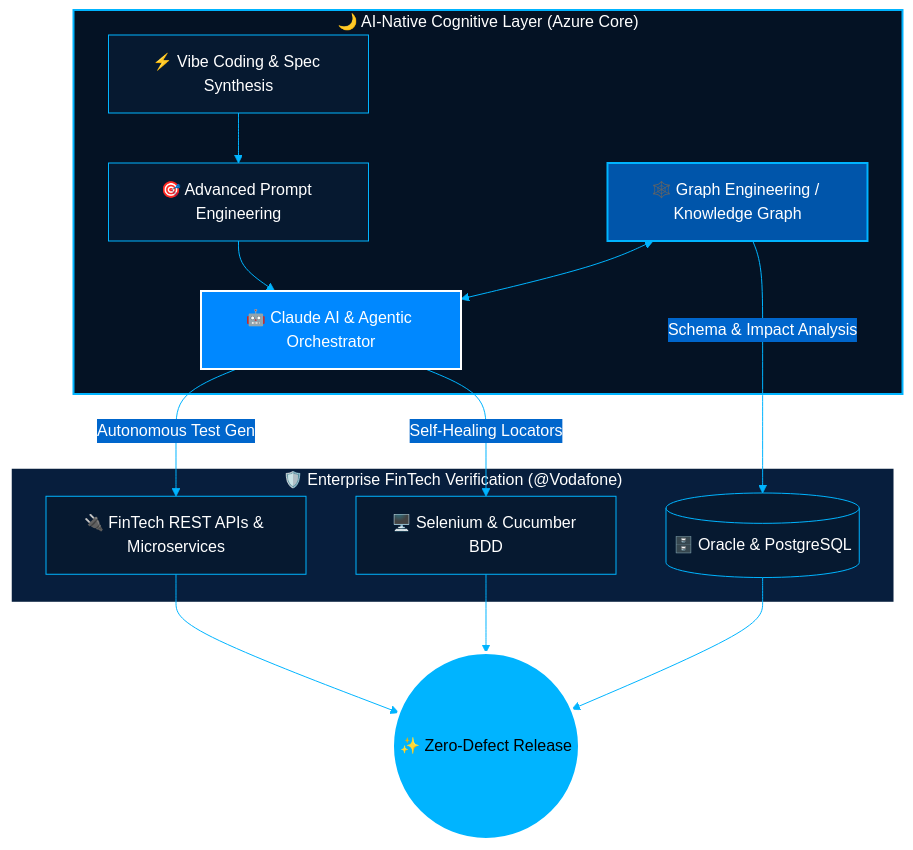
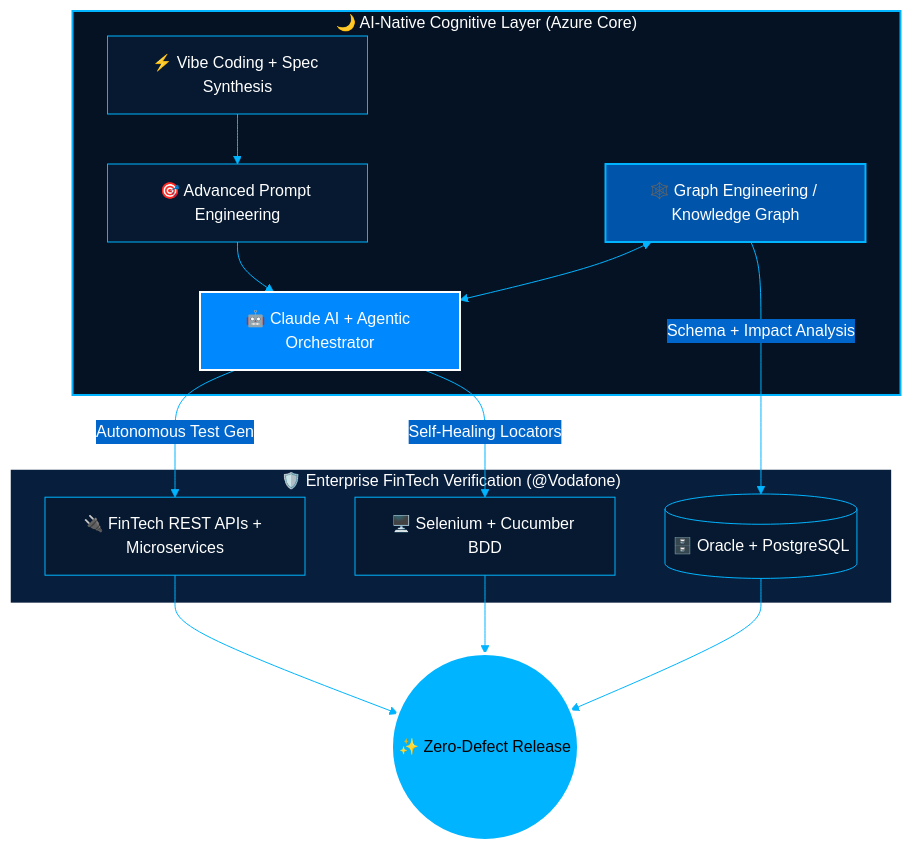
The diagram in README.md (UyCoder/UyCoder), drawn with Mermaid before and after one commit. The commit also changed other lines of this file, not shown here.

````diff
--- a/README.md
+++ b/README.md
@@ -63,25 +63,25 @@
 ```mermaid
 %%{init: {'theme': 'base', 'themeVariables': { 'primaryColor': '#061930', 'primaryTextColor': '#ffffff', 'primaryBorderColor': '#00B4FF', 'lineColor': '#00B4FF', 'secondaryColor': '#0066CC', 'tertiaryColor': '#041020'}}}%%
 graph TD
     subgraph AI_NEXUS ["🌙 AI-Native Cognitive Layer (Azure Core)"]
-        VIBE["⚡ Vibe Coding & Spec Synthesis"] --> PE["🎯 Advanced Prompt Engineering"]
-        PE --> CLAUDE["🤖 Claude AI & Agentic Orchestrator"]
+        VIBE["⚡ Vibe Coding + Spec Synthesis"] --> PE["🎯 Advanced Prompt Engineering"]
+        PE --> CLAUDE["🤖 Claude AI + Agentic Orchestrator"]
         GRAPH["🕸️ Graph Engineering / Knowledge Graph"] <--> CLAUDE
     end
 
     subgraph FINTECH_CORE ["🛡️ Enterprise FinTech Verification (@Vodafone)"]
-        CLAUDE -->|Autonomous Test Gen| API["🔌 FinTech REST APIs & Microservices"]
-        CLAUDE -->|Self-Healing Locators| UI["🖥️ Selenium & Cucumber BDD"]
-        GRAPH -->|Schema & Impact Analysis| DB[("🗄️ Oracle & PostgreSQL")]
+        CLAUDE -->|Autonomous Test Gen| API["🔌 FinTech REST APIs + Microservices"]
+        CLAUDE -->|Self-Healing Locators| UI["🖥️ Selenium + Cucumber BDD"]
+        GRAPH -->|Schema + Impact Analysis| DB[("🗄️ Oracle + PostgreSQL")]
     end
 
     API --> GATE(("✨ Zero-Defect Release"))
     UI --> GATE
     DB --> GATE
 
     style AI_NEXUS fill:#041224,stroke:#00B4FF,stroke-width:2px,color:#ffffff
     style FINTECH_CORE fill:#071E3D,stroke:#ffffff,stroke-width:1.5px,color:#ffffff
     style CLAUDE fill:#0088FF,stroke:#ffffff,stroke-width:2px,color:#ffffff
     style GRAPH fill:#0055AA,stroke:#00B4FF,stroke-width:2px,color:#ffffff
     style GATE fill:#00B4FF,stroke:#ffffff,stroke-width:3px,color:#000000
 ```
````
